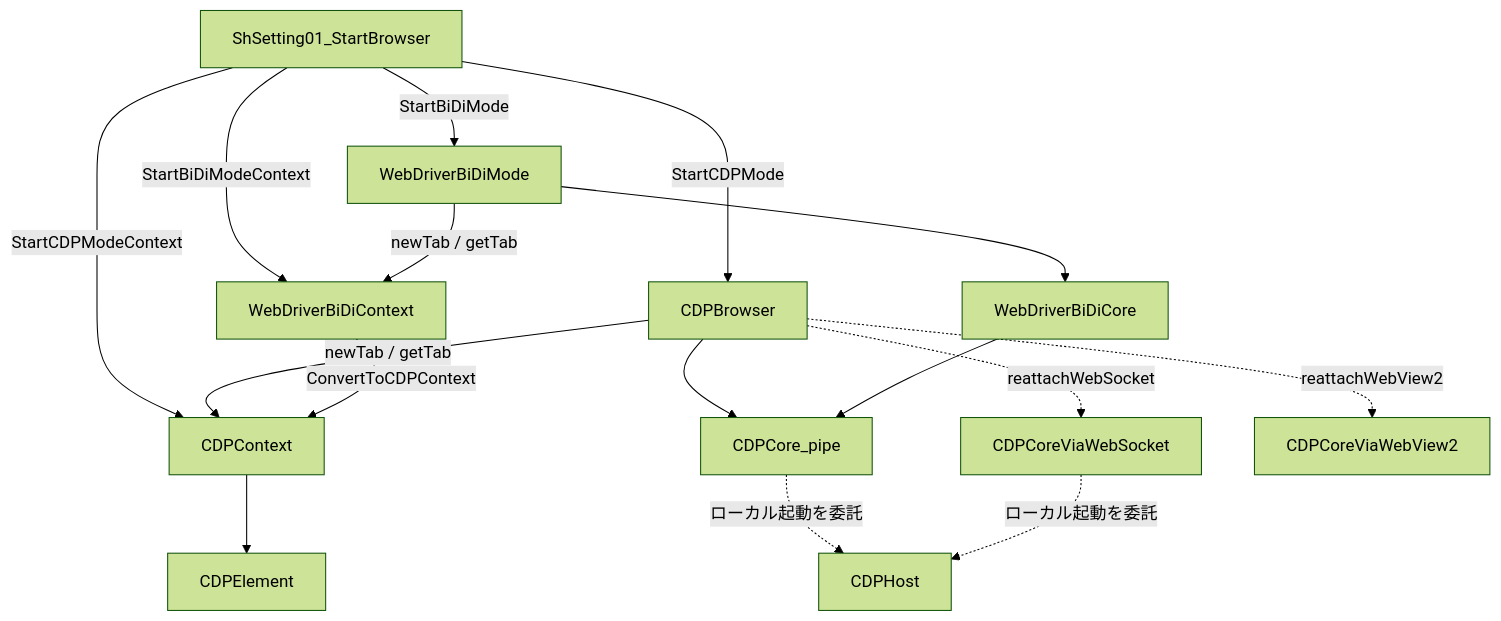
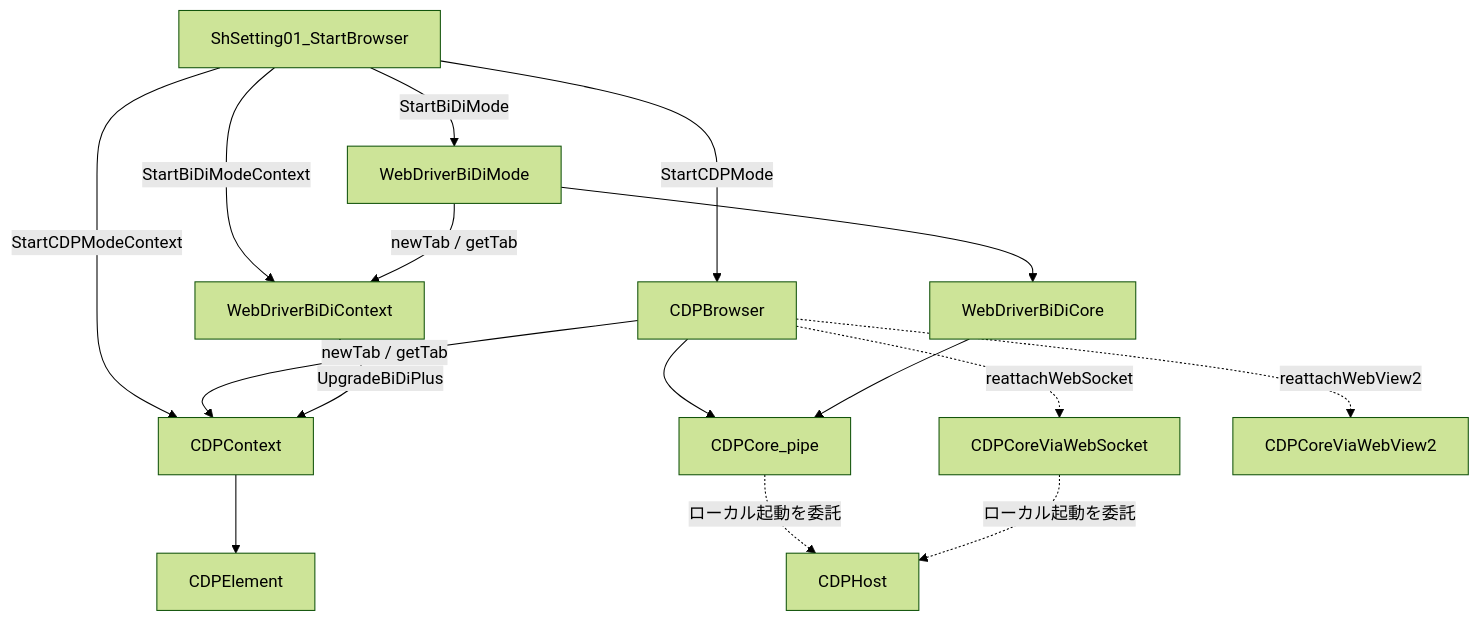
Before and after one commit to Eschamali/StarterWebScrapingKit: the diagram in docs/concepts/architecture.md, drawn with Mermaid (forest theme). The commit also changed other lines of this file and 8 other files, not shown here.

````diff
--- a/docs/concepts/architecture.md
+++ b/docs/concepts/architecture.md
@@ -9,19 +9,19 @@
 ```mermaid
 flowchart TB
   setting[ShSetting01_StartBrowser]
   setting -->|StartCDPModeContext| ctxCdp[CDPContext]
   setting -->|StartCDPMode| brCdp[CDPBrowser]
   setting -->|StartBiDiModeContext| ctxBidi[WebDriverBiDiContext]
   setting -->|StartBiDiMode| modeBidi[WebDriverBiDiMode]
   brCdp -->|newTab / getTab| ctxCdp
   modeBidi -->|newTab / getTab| ctxBidi
   ctxCdp --> el[CDPElement]
-  ctxBidi -->|ConvertToCDPContext| ctxCdp
+  ctxBidi -->|UpgradeBiDiPlus| ctxCdp
   brCdp --> coreCdp[CDPCore_pipe]
   modeBidi --> coreBidi[WebDriverBiDiCore]
   coreBidi --> coreCdp
   brCdp -.->|reattachWebSocket| coreWs[CDPCoreViaWebSocket]
   brCdp -.->|reattachWebView2| coreWv2[CDPCoreViaWebView2]
   coreCdp -.->|ローカル起動を委託| coreHost[CDPHost]
   coreWs -.->|ローカル起動を委託| coreHost
 ```
````
